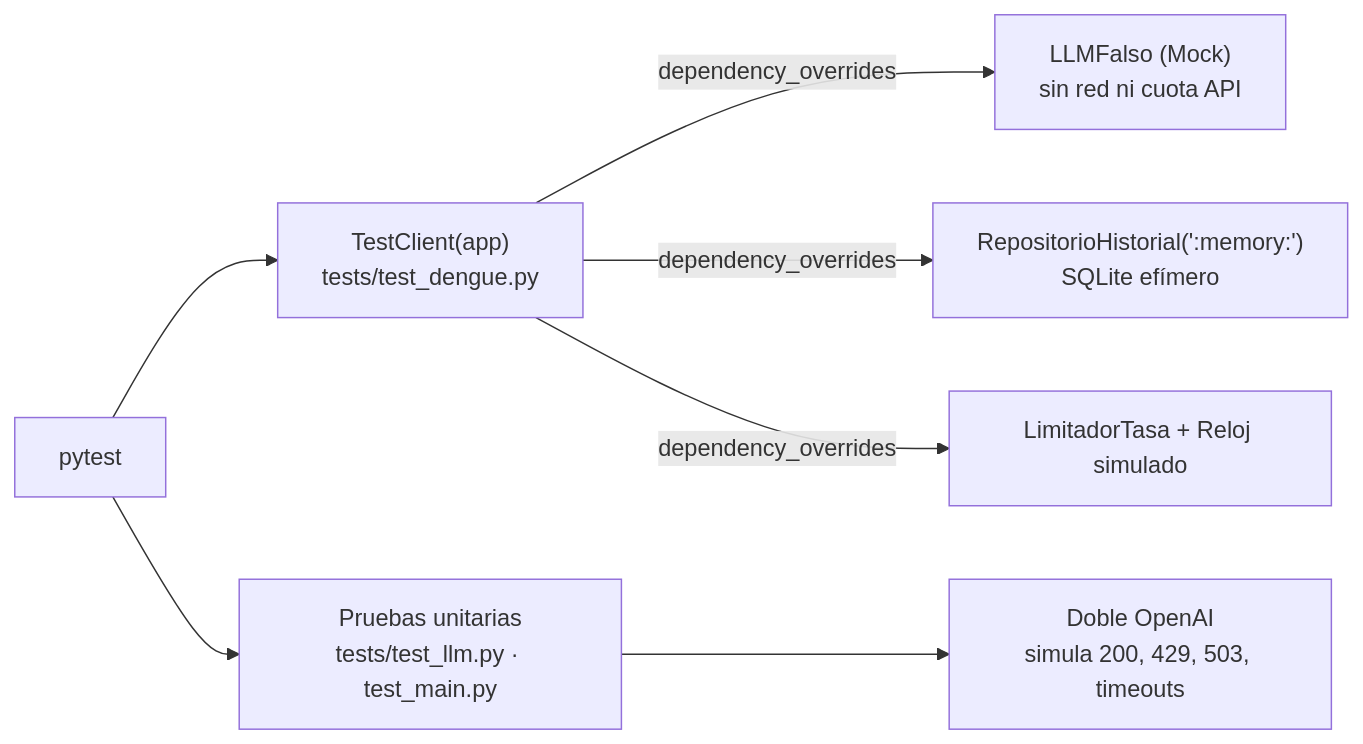
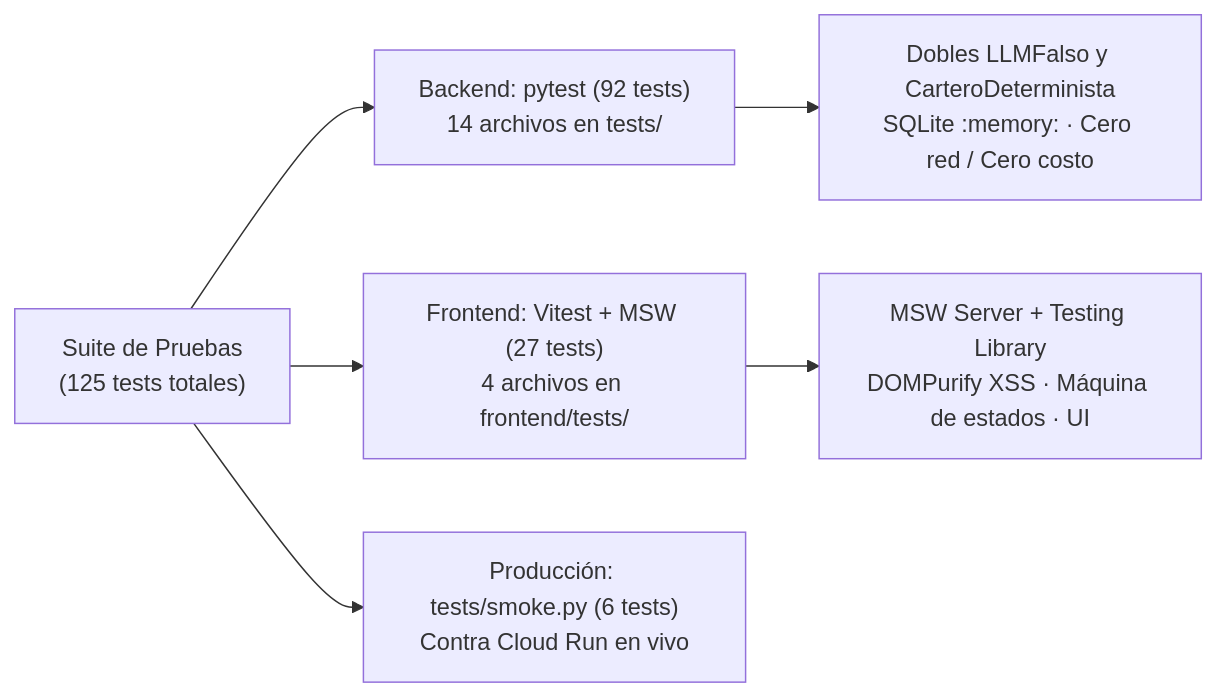
One commit to UNIPI6TO/PROY_GRADUACION_ASISTENTE_MEDICO_APP changed the fourth of 4 diagrams in docs/03-arquitectura.md. Above: the diagram before and after it, drawn with Mermaid. The commit also changed other lines of this file and 9 other files, not shown here.

````diff
--- a/docs/03-arquitectura.md
+++ b/docs/03-arquitectura.md
@@ -136,9 +221,8 @@
 ```mermaid
 flowchart LR
-  PT["pytest"] --> TC["TestClient(app)<br/>tests/test_dengue.py"]
-  PT --> UT["Pruebas unitarias<br/>tests/test_llm.py · test_main.py"]
-  TC -- "dependency_overrides" --> LF["LLMFalso (Mock)<br/>sin red ni cuota API"]
-  TC -- "dependency_overrides" --> RM["RepositorioHistorial(':memory:')<br/>SQLite efímero"]
-  TC -- "dependency_overrides" --> RL["LimitadorTasa + Reloj simulado"]
-  UT --> DB["Doble OpenAI<br/>simula 200, 429, 503, timeouts"]
+  PT["Suite de Pruebas<br/>(125 tests totales)"] --> BE_T["Backend: pytest (92 tests)<br/>14 archivos en tests/"]
+  PT --> FE_T["Frontend: Vitest + MSW (27 tests)<br/>4 archivos en frontend/tests/"]
+  PT --> SM_T["Producción: tests/smoke.py (6 tests)<br/>Contra Cloud Run en vivo"]
+  BE_T --> M1["Dobles LLMFalso y CarteroDeterminista<br/>SQLite :memory: · Cero red / Cero costo"]
+  FE_T --> M2["MSW Server + Testing Library<br/>DOMPurify XSS · Máquina de estados · UI"]
 ```
````
